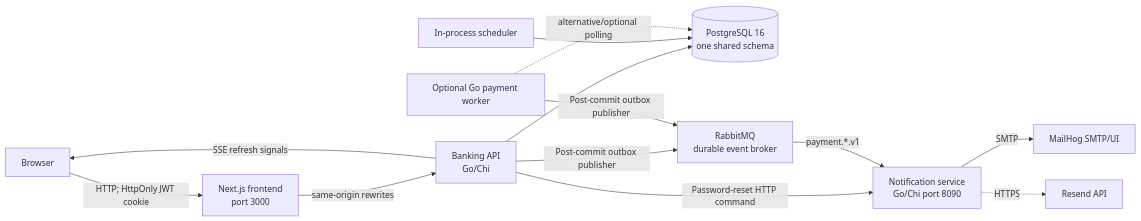
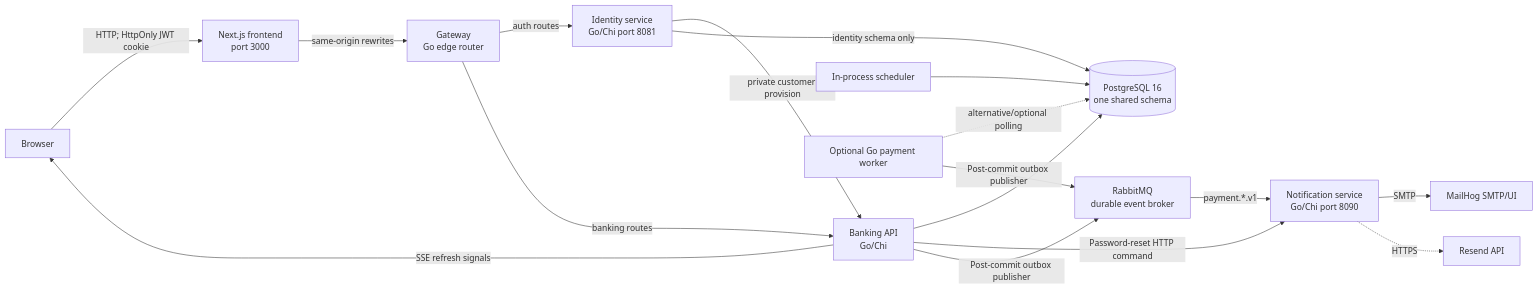
The second of 3 diagrams in docs/architecture/current-architecture.md (mustafa-oezdemir/banking_go), drawn with Mermaid before and after one commit. The commit also changed other lines of this file and 45 other files, not shown here.

Commit message:
phase-5-7: extract identity and add gateway observability

````diff
--- a/docs/architecture/current-architecture.md
+++ b/docs/architecture/current-architecture.md
@@ -31,26 +31,32 @@
 ```mermaid
 flowchart LR
     Browser["Browser"]
     Frontend["Next.js frontend\nport 3000"]
+    Gateway["Gateway\nGo edge router"]
+    Identity["Identity service\nGo/Chi port 8081"]
     API["Banking API\nGo/Chi"]
     Notification["Notification service\nGo/Chi port 8090"]
     Scheduler["In-process scheduler"]
     Worker["Optional Go payment worker"]
     DB[("PostgreSQL 16\none shared schema")]
     Rabbit["RabbitMQ\ndurable event broker"]
     MailHog["MailHog SMTP/UI"]
     Resend["Resend API"]
 
     Browser -->|"HTTP; HttpOnly JWT cookie"| Frontend
-    Frontend -->|"same-origin rewrites"| API
+    Frontend -->|"same-origin rewrites"| Gateway
+    Gateway -->|"auth routes"| Identity
+    Gateway -->|"banking routes"| API
+    Identity -->|"private customer provision"| API
+    Identity -->|"identity schema only"| DB
     API --> DB
     Scheduler --> DB
     Worker -. "alternative/optional polling" .-> DB
     API -->|"Password-reset HTTP command"| Notification
     API -->|"Post-commit outbox publisher"| Rabbit
     Worker -->|"Post-commit outbox publisher"| Rabbit
     Rabbit -->|"payment.*.v1"| Notification
     Notification -->|"SMTP"| MailHog
     Notification -. "HTTPS" .-> Resend
     API -->|"SSE refresh signals"| Browser
 ```
````
